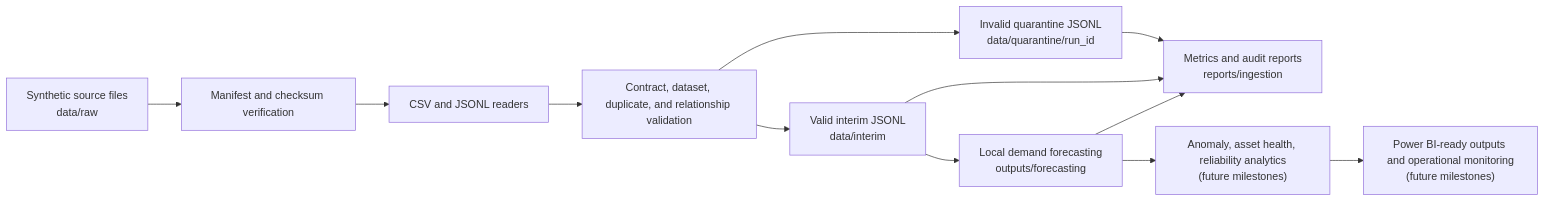
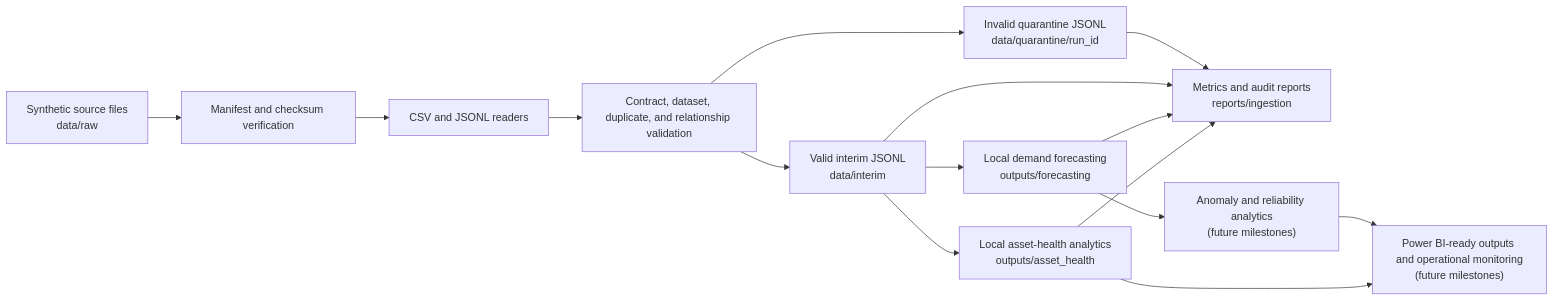
One commit to Ibraheemolasupogit/azure-grid-reliability-intelligence-platform changed the diagram in docs/architecture/data-flow.md. Above: the diagram before and after it, drawn with Mermaid. The commit also changed other lines of this file and 28 other files, not shown here.

Commit message:
Add explainable asset health analytics

````diff
--- a/docs/architecture/data-flow.md
+++ b/docs/architecture/data-flow.md
@@ -5,19 +5,22 @@
 ```mermaid
 flowchart LR
     inputs["Synthetic source files<br/>data/raw"]
     manifest["Manifest and checksum verification"]
     ingestion["CSV and JSONL readers"]
     validation["Contract, dataset, duplicate, and relationship validation"]
     interim["Valid interim JSONL<br/>data/interim"]
     quarantine["Invalid quarantine JSONL<br/>data/quarantine/run_id"]
     reports["Metrics and audit reports<br/>reports/ingestion"]
     forecasting["Local demand forecasting<br/>outputs/forecasting"]
-    analytics["Anomaly, asset health, reliability analytics<br/>(future milestones)"]
+    assethealth["Local asset-health analytics<br/>outputs/asset_health"]
+    analytics["Anomaly and reliability analytics<br/>(future milestones)"]
     reporting["Power BI-ready outputs and operational monitoring<br/>(future milestones)"]
 
     inputs --> manifest --> ingestion --> validation
     validation --> interim --> forecasting --> analytics --> reporting
+    interim --> assethealth --> reporting
     validation --> quarantine --> reports
     interim --> reports
     forecasting --> reports
+    assethealth --> reports
 ```
````
